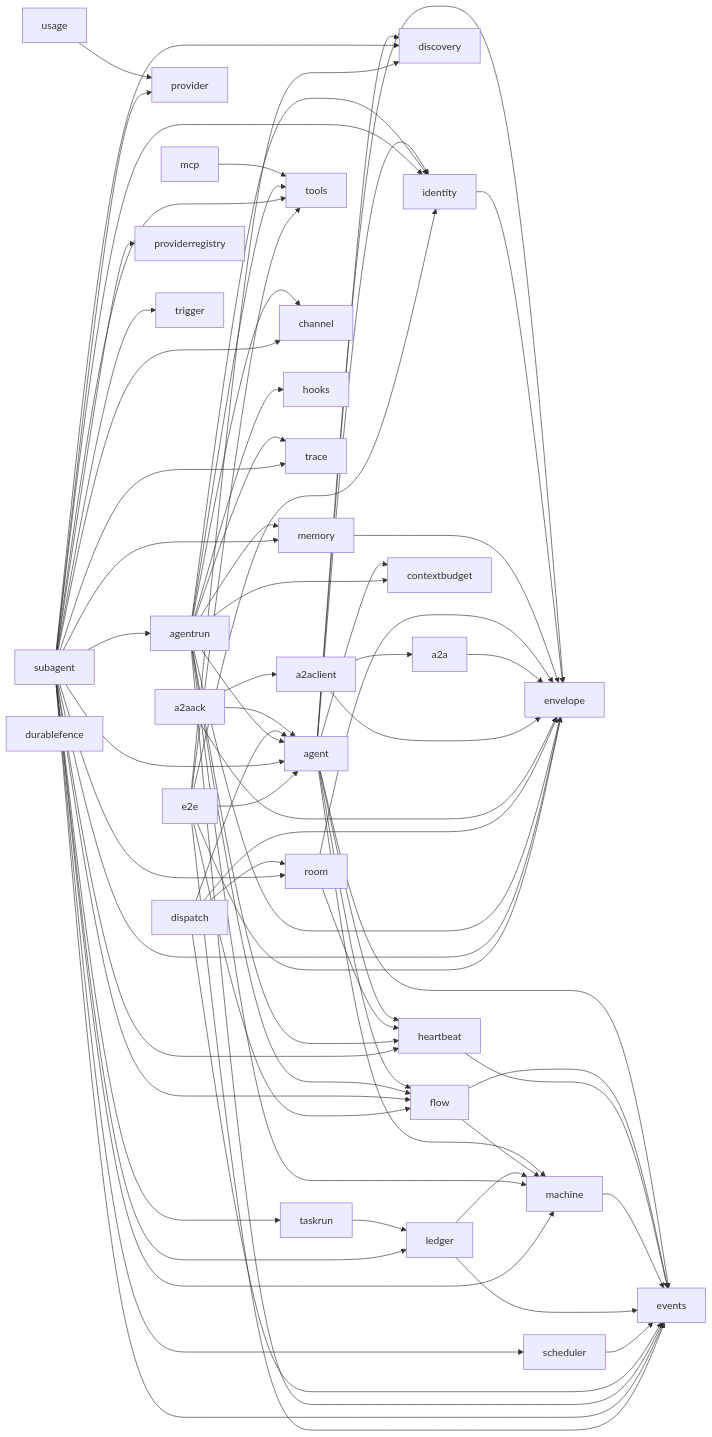
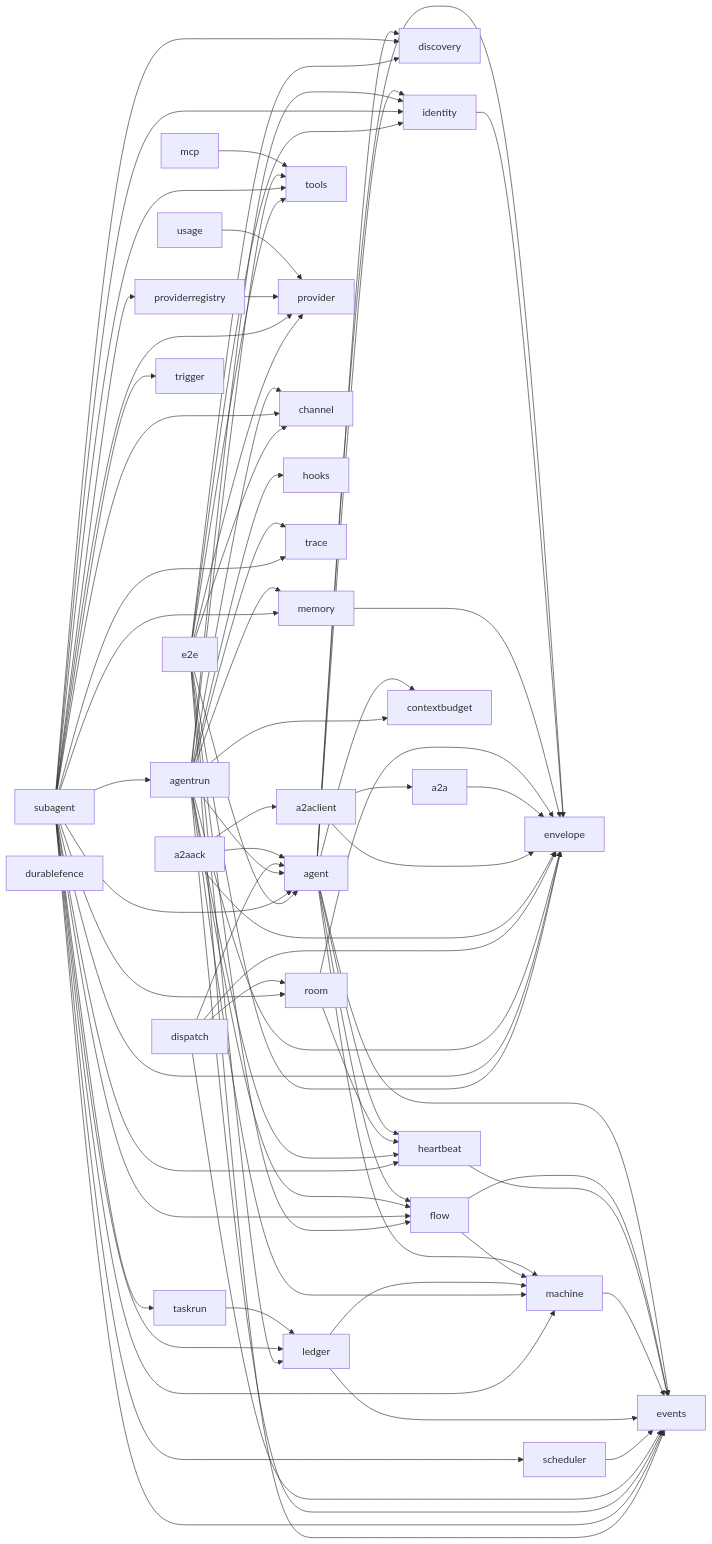
The first of 2 diagrams in docs/architecture.md (MiviaLabs/mivia-ai-sdk), drawn with Mermaid before and after one commit. The commit also changed 1 other file, not shown here.

Commit message:
docs: close AGENTS.md and architecture.md drift on contextbudget and usage
AGENTS.md's Layout section had no contextbudget entry and listed the
usage package without WrapCompleter and its two construction
sentinels. architecture.md's package map also omitted four real
import edges (providerregistry --> provider, e2e --> channel/ledger/
provider). Bring both in line with the current code and with
docs/packages/usage.md, which was already correct.

```diff
--- a/docs/architecture.md
+++ b/docs/architecture.md
@@ -49,6 +49,7 @@
     a2aclient --> envelope
     mcp --> tools
     usage --> provider
+    providerregistry --> provider
     scheduler --> events
     a2aack --> a2aclient
     a2aack --> agent
@@ -92,11 +93,14 @@
     subagent --> trace
     subagent --> trigger
     e2e --> agent
+    e2e --> channel
     e2e --> discovery
     e2e --> envelope
     e2e --> events
     e2e --> flow
     e2e --> identity
+    e2e --> ledger
+    e2e --> provider
     e2e --> tools
     contextbudget[contextbudget]
     discovery[discovery]
```
